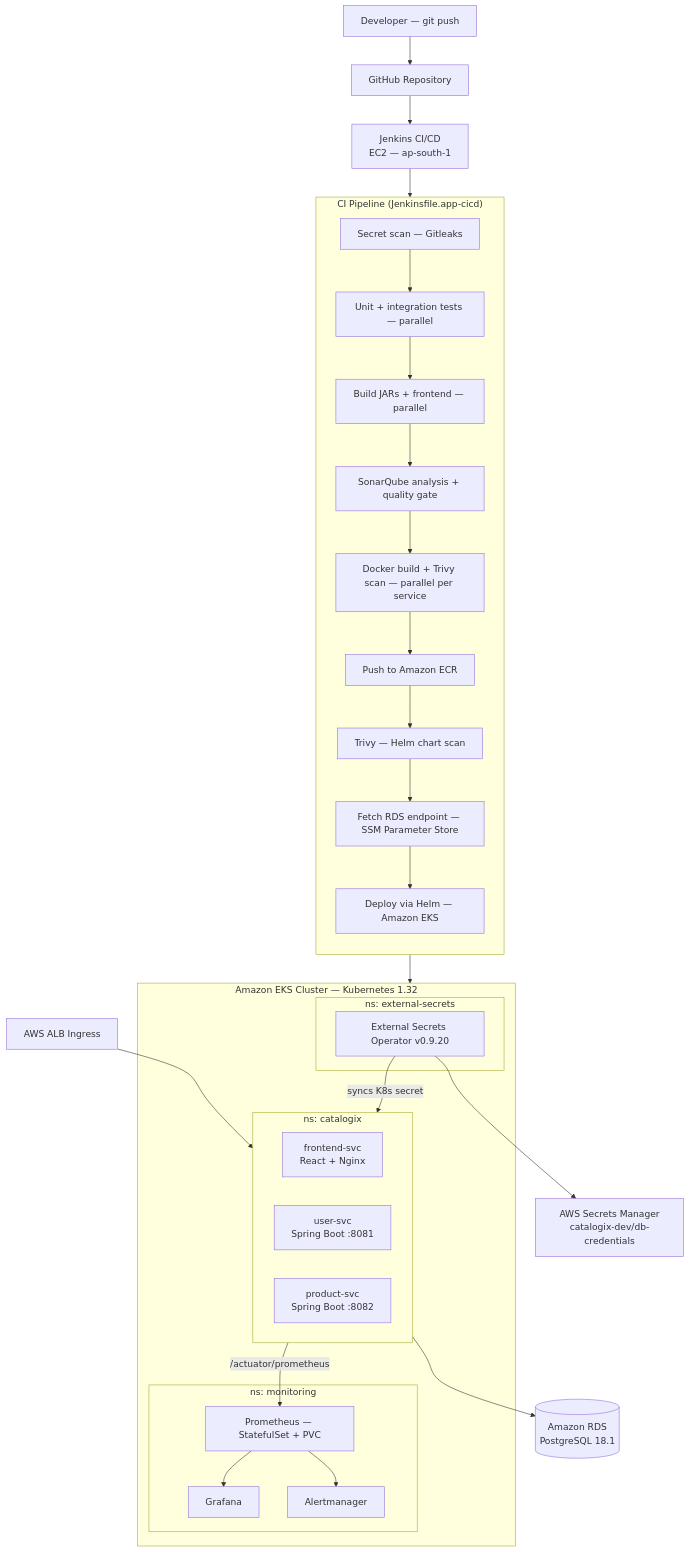
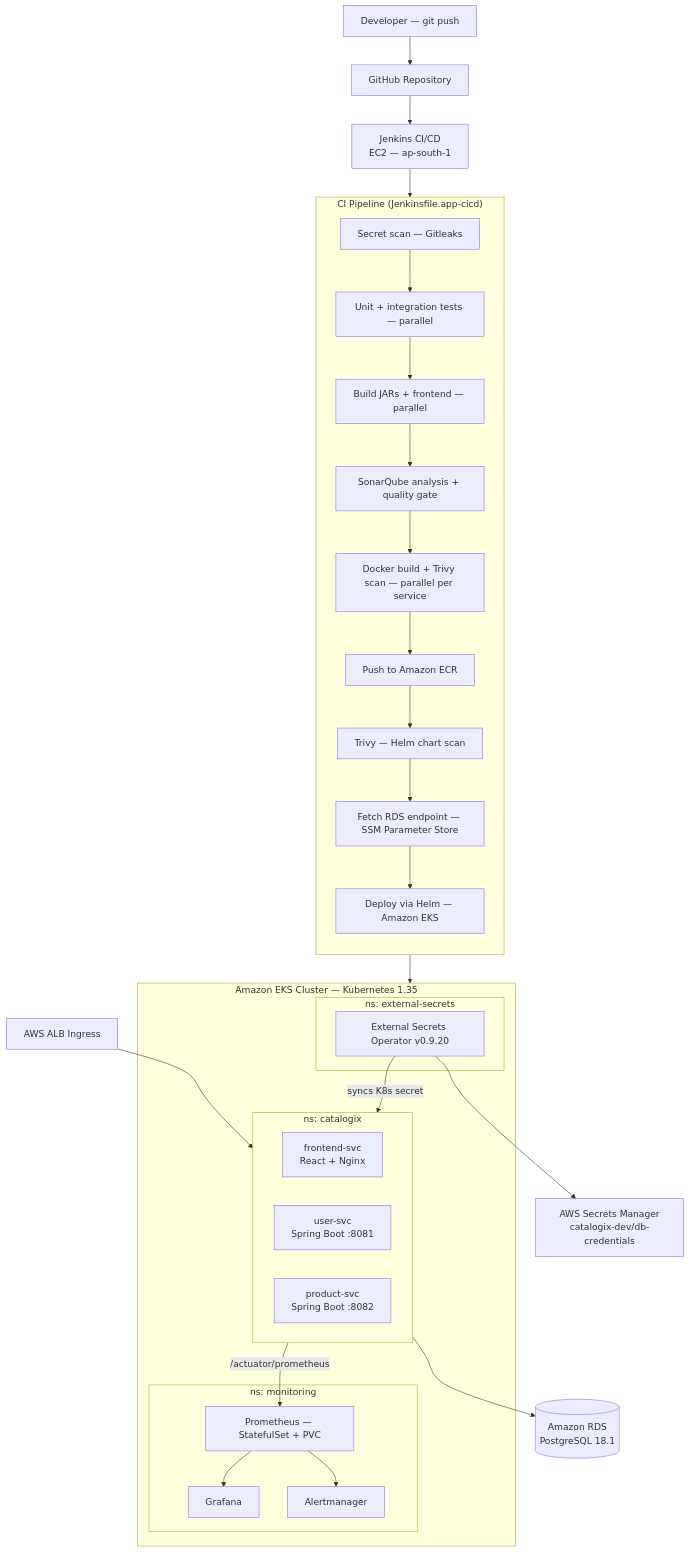
One commit to imshubhamkaushik/aws-cicd-devsecops changed the diagram in README.md. Above: the diagram before and after it, drawn with Mermaid. The commit also changed other lines of this file and 14 other files, not shown here.

````diff
--- a/README.md
+++ b/README.md
@@ -85,47 +85,47 @@
 ```mermaid
 flowchart TD
     Dev[Developer — git push] --> GitHub[GitHub Repository]
     GitHub --> Jenkins[Jenkins CI/CD\nEC2 — ap-south-1]
  
     subgraph CI["CI Pipeline (Jenkinsfile.app-cicd)"]
         direction TB
         J1[Secret scan — Gitleaks]
         J2[Unit + integration tests — parallel]
         J3[Build JARs + frontend — parallel]
         J4[SonarQube analysis + quality gate]
         J5[Docker build + Trivy scan — parallel per service]
         J6[Push to Amazon ECR]
         J7[Trivy — Helm chart scan]
         J8[Fetch RDS endpoint — SSM Parameter Store]
         J9[Deploy via Helm — Amazon EKS]
         J1 --> J2 --> J3 --> J4 --> J5 --> J6 --> J7 --> J8 --> J9
     end
  
     Jenkins --> CI
  
-    subgraph EKS["Amazon EKS Cluster — Kubernetes 1.32"]
+    subgraph EKS["Amazon EKS Cluster — Kubernetes 1.35"]
         subgraph AppNS["ns: catalogix"]
             FE[frontend-svc\nReact + Nginx]
             US[user-svc\nSpring Boot :8081]
             PS[product-svc\nSpring Boot :8082]
         end
         subgraph MonNS["ns: monitoring"]
             Prom[Prometheus — StatefulSet + PVC]
             Graf[Grafana]
             AM[Alertmanager]
         end
         subgraph ESO_NS["ns: external-secrets"]
             ESO[External Secrets Operator v0.9.20]
         end
     end
  
     J9 --> EKS
  
     ALB[AWS ALB Ingress] --> AppNS
     AppNS --> RDS[(Amazon RDS\nPostgreSQL 18.1)]
     ESO --> SM[AWS Secrets Manager\ncatalogix-dev/db-credentials]
     ESO -->|syncs K8s secret| AppNS
     AppNS -->|/actuator/prometheus| Prom
     Prom --> Graf
     Prom --> AM
 ```
````
